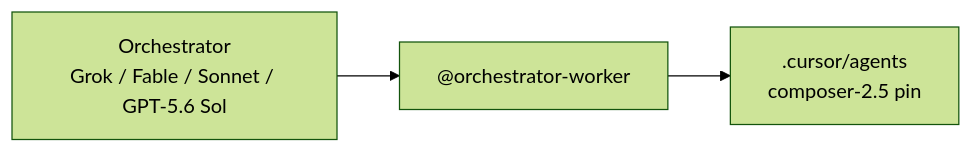
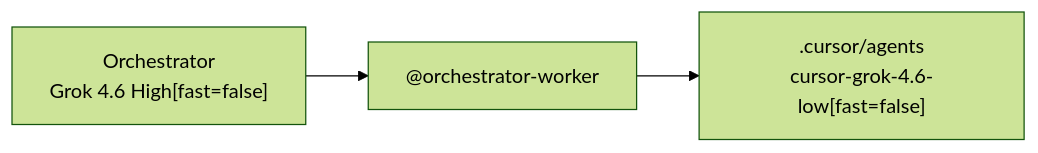
Before and after one commit to FixMyBerlin/tilda-geo: the diagram in .agents/skills/agent-orchestration/references/cursor-ide.md, drawn with Mermaid (forest theme). The commit also changed other lines of this file and 32 other files, not shown here.

````diff
--- a/.agents/skills/agent-orchestration/references/cursor-ide.md
+++ b/.agents/skills/agent-orchestration/references/cursor-ide.md
@@ -17,7 +17,7 @@
 ```mermaid
 flowchart LR
-  Orch["Orchestrator\nGrok / Fable / Sonnet / GPT-5.6 Sol"]
+  Orch["Orchestrator\nGrok 4.6 High[fast=false]"]
   Rule["@orchestrator-worker"]
-  Workers[".cursor/agents\ncomposer-2.5 pin"]
+  Workers[".cursor/agents\ncursor-grok-4.6-low[fast=false]"]
   Orch --> Rule --> Workers
 ```
````
